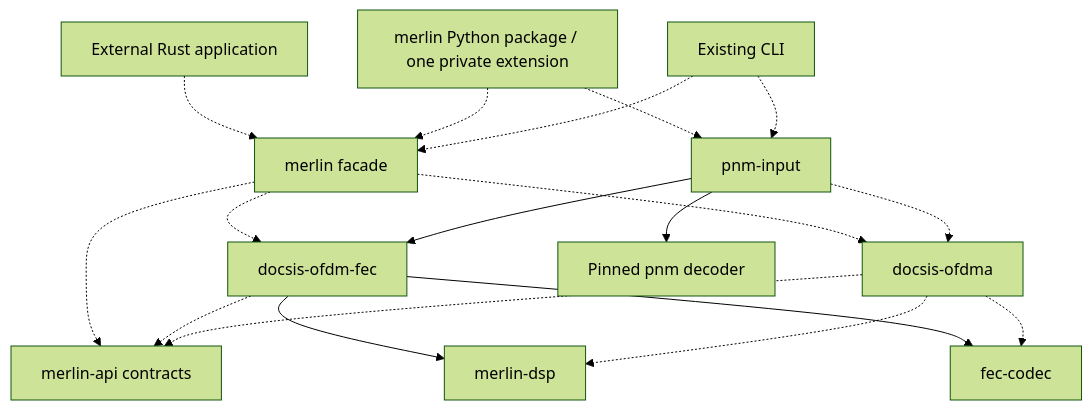
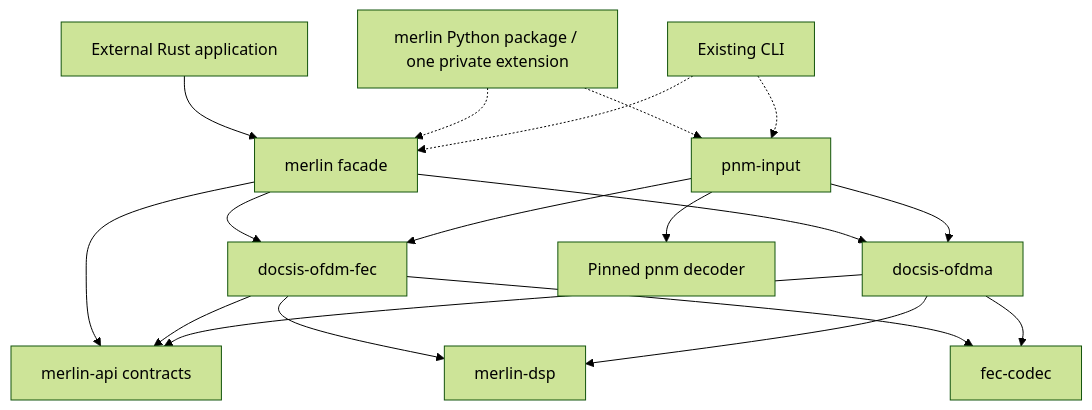
One commit to mgarcia01752/merlin changed the diagram in docs/development/features/high-level-api/namespace-design.md. Above: the diagram before and after it, drawn with Mermaid (forest theme). The commit also changed other lines of this file and 32 other files, not shown here.

First line of the commit message:
Feature: Add unified Rust API namespaces

````diff
--- a/docs/development/features/high-level-api/namespace-design.md
+++ b/docs/development/features/high-level-api/namespace-design.md
@@ -91,20 +90,20 @@
 ```mermaid
 flowchart TD
-    USER[External Rust application] -.-> ROOT[merlin facade]
+    USER[External Rust application] --> ROOT[merlin facade]
     PY[merlin Python package / one private extension] -.-> ROOT
     CLI[Existing CLI] -.-> ROOT
     PY -.-> INPUT[pnm-input]
     CLI -.-> INPUT
-    ROOT -.-> DS[docsis-ofdm-fec]
-    ROOT -.-> US[docsis-ofdma]
-    ROOT -.-> API[merlin-api contracts]
-    DS -.-> API
-    US -.-> API
+    ROOT --> DS[docsis-ofdm-fec]
+    ROOT --> US[docsis-ofdma]
+    ROOT --> API[merlin-api contracts]
+    DS --> API
+    US --> API
     INPUT --> DS
-    INPUT -.-> US
+    INPUT --> US
     INPUT --> PNM[Pinned pnm decoder]
     DS --> DSP[merlin-dsp]
-    US -.-> DSP
+    US --> DSP
     DS --> FEC[fec-codec]
-    US -.-> FEC
+    US --> FEC
 ```
````
